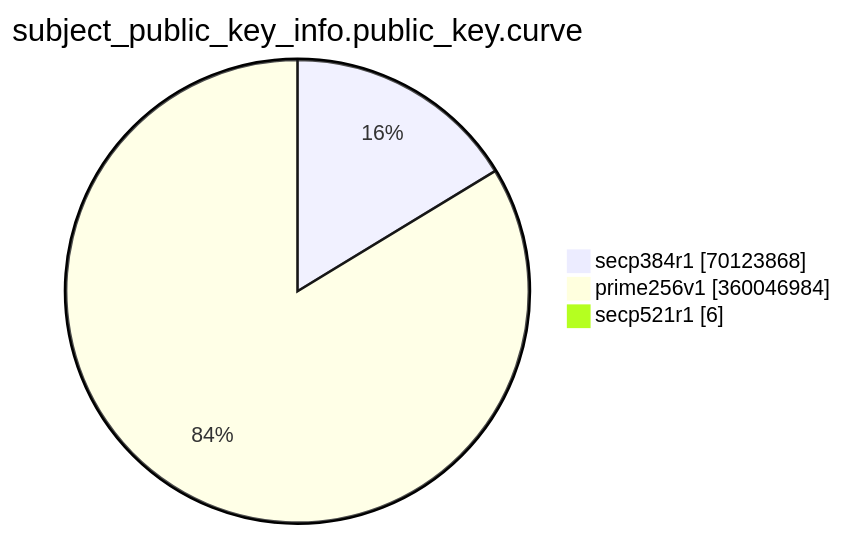
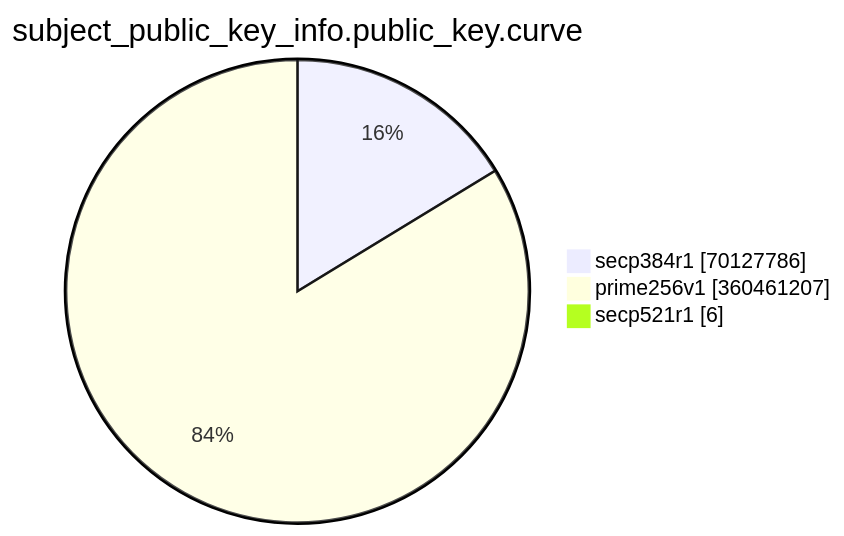
Before and after one commit to christiankrug/ctmonitor_visualization: the eighth of 15 diagrams in TOTAL/README.md, drawn with Mermaid. The commit also changed other lines of this file, not shown here.

````diff
--- a/TOTAL/README.md
+++ b/TOTAL/README.md
@@ -3086,7 +3086,7 @@
 ```mermaid
 pie showData
 title subject_public_key_info.public_key.curve
-"secp384r1" :70123868
-"prime256v1" :360046984
+"secp384r1" :70127786
+"prime256v1" :360461207
 "secp521r1" :6
 ```
````
